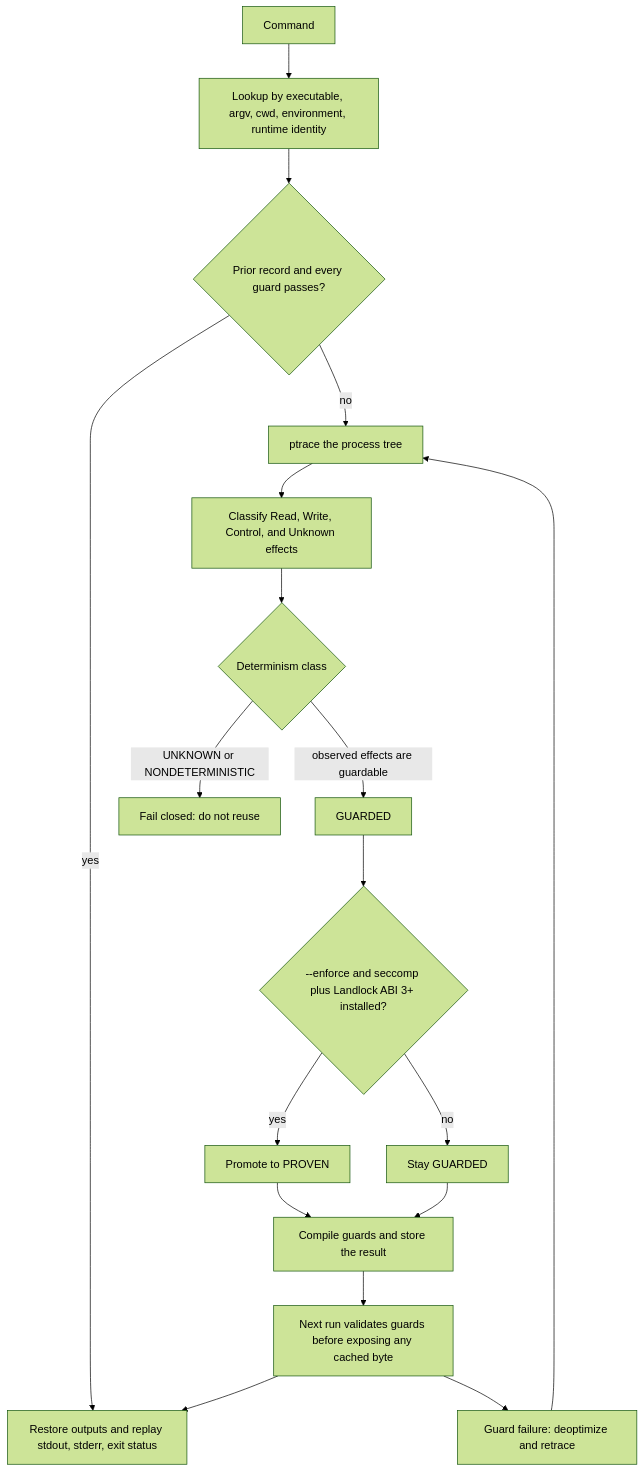
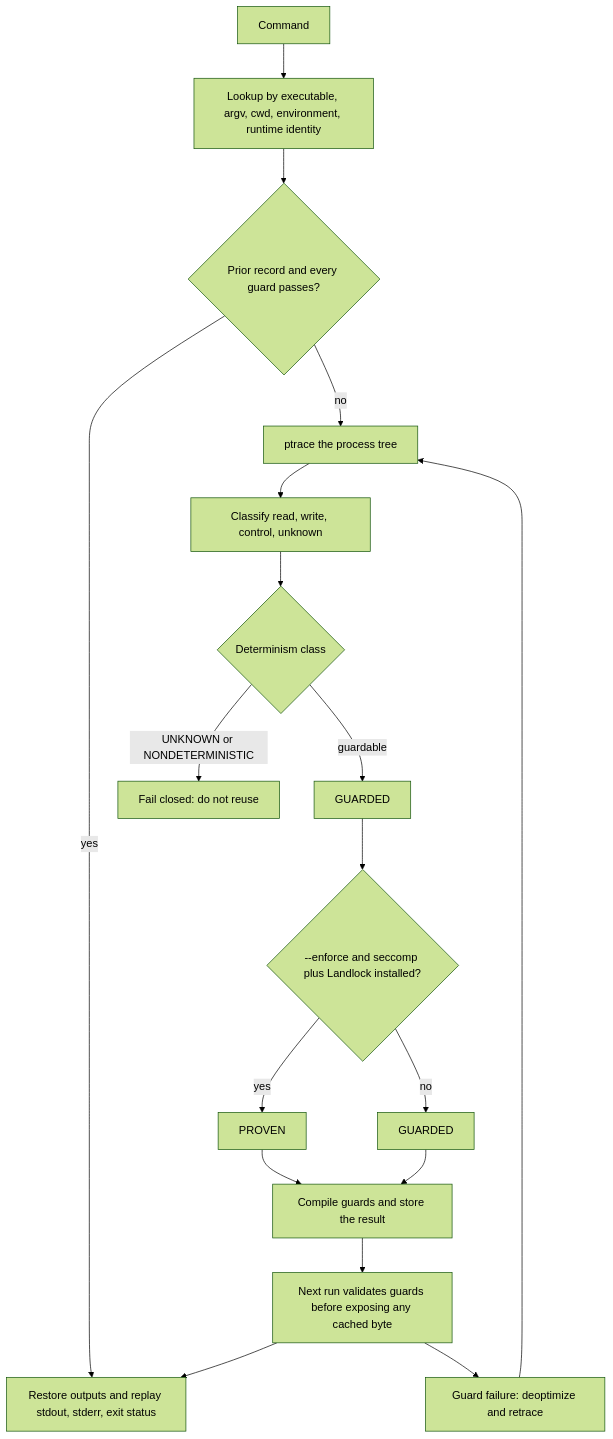
The diagram in README.md (Satwik-P28/tracejit), drawn with Mermaid (forest theme) before and after one commit. The commit also changed other lines of this file and 20 other files, not shown here.

````diff
--- a/README.md
+++ b/README.md
@@ -157,20 +174,20 @@
 ```mermaid
 flowchart TD
   run[Command] --> lookup[Lookup by executable, argv, cwd, environment, runtime identity]
   lookup --> hit{Prior record and every guard passes?}
   hit -->|yes| reuse[Restore outputs and replay stdout, stderr, exit status]
   hit -->|no| trace[ptrace the process tree]
-  trace --> effects[Classify Read, Write, Control, and Unknown effects]
+  trace --> effects[Classify read, write, control, unknown]
   effects --> det{Determinism class}
   det -->|UNKNOWN or NONDETERMINISTIC| closed[Fail closed: do not reuse]
-  det -->|observed effects are guardable| guarded[GUARDED]
-  guarded --> sandbox{--enforce and seccomp plus Landlock ABI 3+ installed?}
-  sandbox -->|yes| proven[Promote to PROVEN]
-  sandbox -->|no| stay[Stay GUARDED]
+  det -->|guardable| guarded[GUARDED]
+  guarded --> sandbox{--enforce and seccomp plus Landlock installed?}
+  sandbox -->|yes| proven[PROVEN]
+  sandbox -->|no| stay[GUARDED]
   proven --> store[Compile guards and store the result]
   stay --> store
   store --> next[Next run validates guards before exposing any cached byte]
   next --> reuse
   next --> deopt[Guard failure: deoptimize and retrace]
   deopt --> trace
 ```
````
